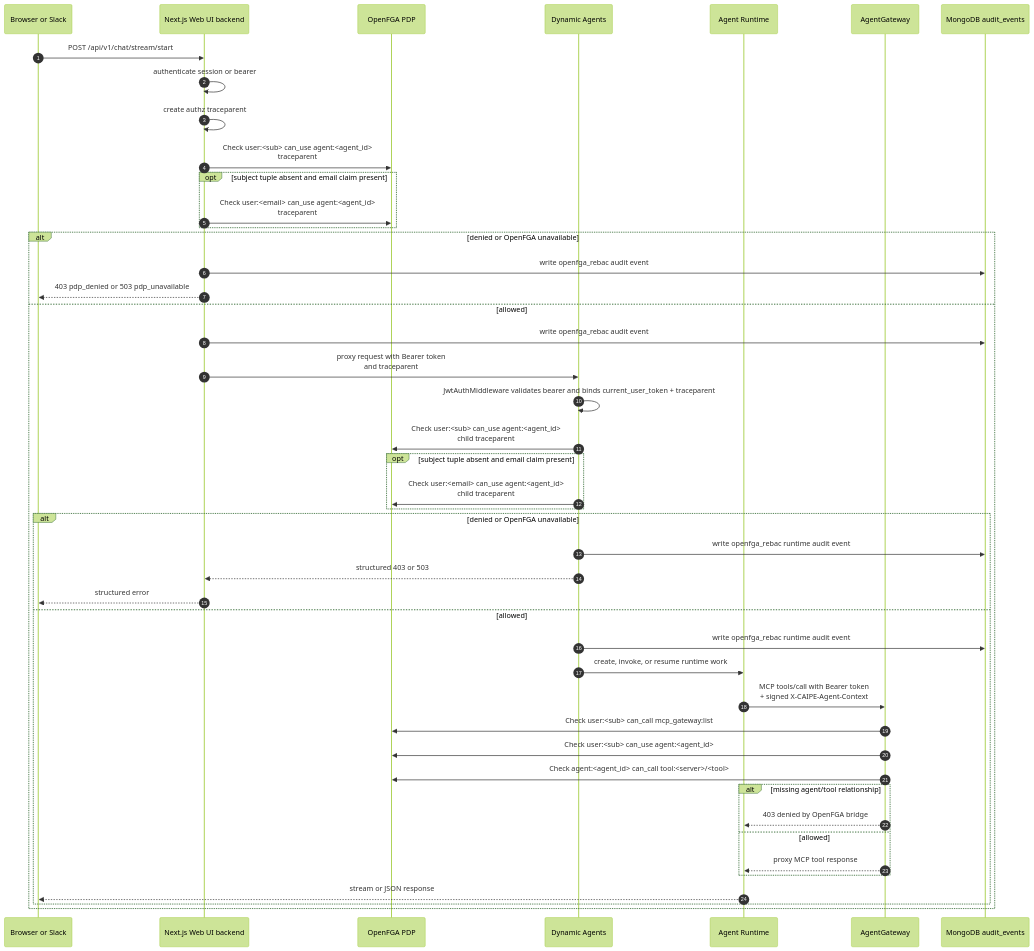
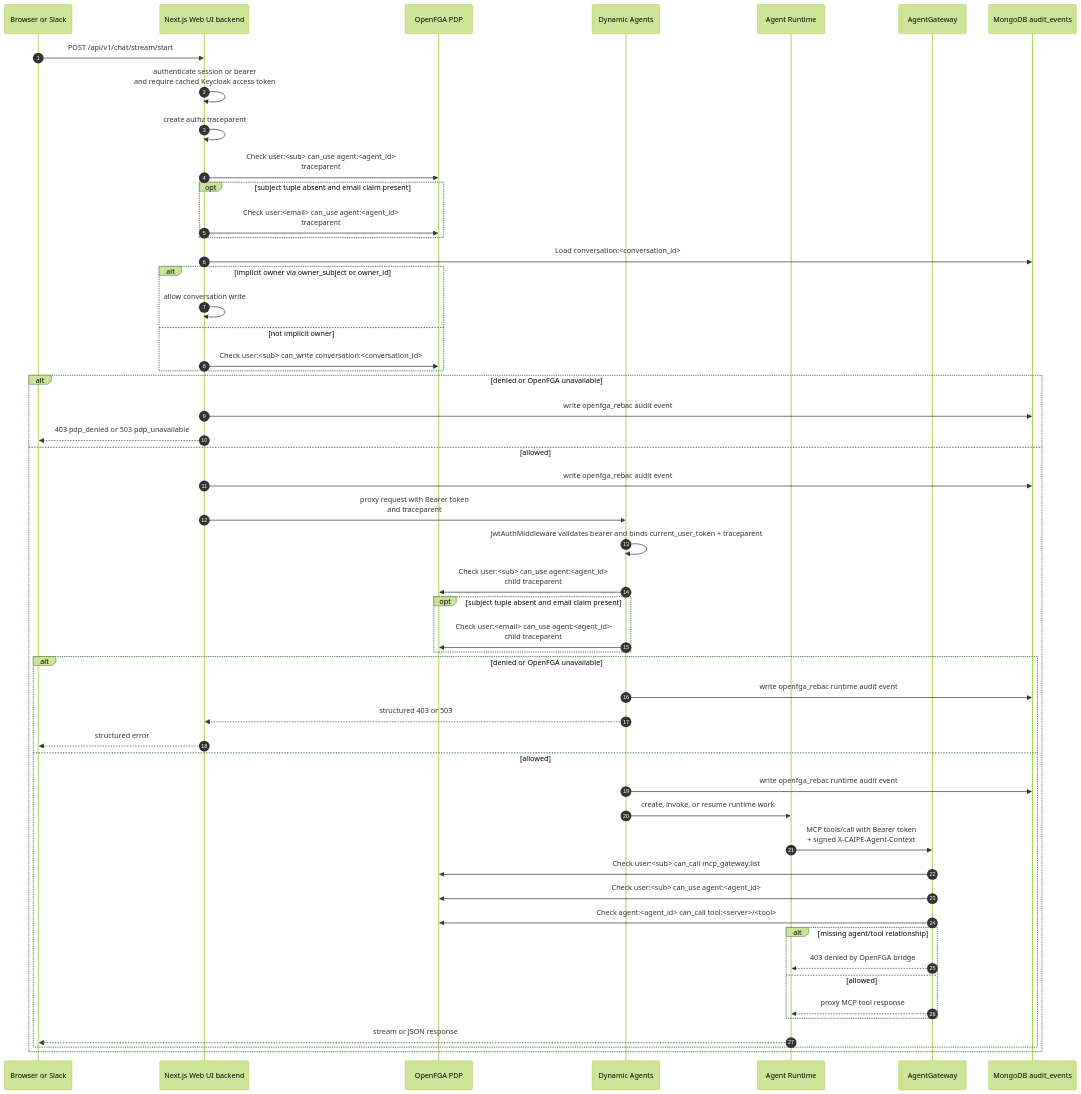
Before and after one commit to cnoe-io/ai-platform-engineering: the second of 6 diagrams in docs/docs/security/rbac/workflows.md, drawn with Mermaid (forest theme). The commit also changed other lines of this file and 157 other files, not shown here.

````diff
--- a/docs/docs/security/rbac/workflows.md
+++ b/docs/docs/security/rbac/workflows.md
@@ -132,49 +135,55 @@
 ```mermaid
 sequenceDiagram
     autonumber
     participant Client as Browser or Slack
     participant WebUIBackend as Next.js Web UI backend
     participant FGA as OpenFGA PDP
     participant DA as Dynamic Agents
     participant Runtime as Agent Runtime
     participant AG as AgentGateway
     participant MDB as MongoDB audit_events
 
     Client->>WebUIBackend: POST /api/v1/chat/stream/start
-    WebUIBackend->>WebUIBackend: authenticate session or bearer
+    WebUIBackend->>WebUIBackend: authenticate session or bearer<br/>and require cached Keycloak access token
     WebUIBackend->>WebUIBackend: create authz traceparent
     WebUIBackend->>FGA: Check user:<sub> can_use agent:<agent_id><br/>traceparent
     opt subject tuple absent and email claim present
         WebUIBackend->>FGA: Check user:<email> can_use agent:<agent_id><br/>traceparent
+    end
+    WebUIBackend->>MDB: Load conversation:<conversation_id>
+    alt implicit owner via owner_subject or owner_id
+        WebUIBackend->>WebUIBackend: allow conversation write
+    else not implicit owner
+        WebUIBackend->>FGA: Check user:<sub> can_write conversation:<conversation_id>
     end
     alt denied or OpenFGA unavailable
         WebUIBackend->>MDB: write openfga_rebac audit event
         WebUIBackend-->>Client: 403 pdp_denied or 503 pdp_unavailable
     else allowed
         WebUIBackend->>MDB: write openfga_rebac audit event
         WebUIBackend->>DA: proxy request with Bearer token<br/>and traceparent
         DA->>DA: JwtAuthMiddleware validates bearer and binds current_user_token + traceparent
         DA->>FGA: Check user:<sub> can_use agent:<agent_id><br/>child traceparent
         opt subject tuple absent and email claim present
             DA->>FGA: Check user:<email> can_use agent:<agent_id><br/>child traceparent
         end
         alt denied or OpenFGA unavailable
             DA->>MDB: write openfga_rebac runtime audit event
             DA-->>WebUIBackend: structured 403 or 503
             WebUIBackend-->>Client: structured error
         else allowed
             DA->>MDB: write openfga_rebac runtime audit event
             DA->>Runtime: create, invoke, or resume runtime work
             Runtime->>AG: MCP tools/call with Bearer token<br/>+ signed X-CAIPE-Agent-Context
             AG->>FGA: Check user:<sub> can_call mcp_gateway:list
             AG->>FGA: Check user:<sub> can_use agent:<agent_id>
             AG->>FGA: Check agent:<agent_id> can_call tool:<server>/<tool>
             alt missing agent/tool relationship
                 AG-->>Runtime: 403 denied by OpenFGA bridge
             else allowed
                 AG-->>Runtime: proxy MCP tool response
             end
             Runtime-->>Client: stream or JSON response
         end
     end
 ```
````
